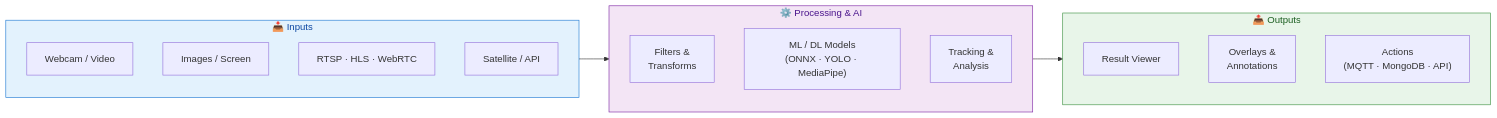
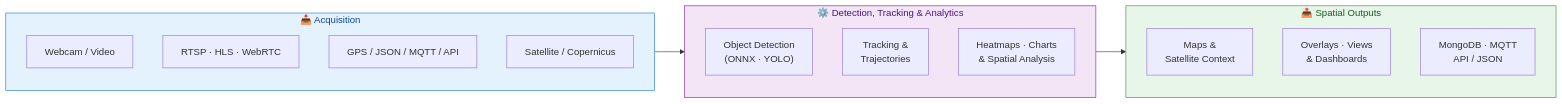
One commit to hackolite/CV_Studio changed the first of 3 diagrams in README.md. Above: the diagram before and after it, drawn with Mermaid. The commit also changed other lines of this file, not shown here.

````diff
--- a/README.md
+++ b/README.md
@@ -26,25 +32,25 @@
 ```mermaid
 flowchart LR
-    subgraph Inputs["📥 Inputs"]
+    subgraph Inputs["📥 Acquisition"]
         A1["Webcam / Video"]
-        A2["Images / Screen"]
-        A3["RTSP · HLS · WebRTC"]
-        A4["Satellite / API"]
+        A2["RTSP · HLS · WebRTC"]
+        A3["GPS / JSON / MQTT / API"]
+        A4["Satellite / Copernicus"]
     end
-    subgraph Process["⚙️ Processing &amp; AI"]
-        B1["Filters &amp;<br/>Transforms"]
-        B2["ML / DL Models<br/>(ONNX · YOLO · MediaPipe)"]
-        B3["Tracking &amp;<br/>Analysis"]
+    subgraph Process["⚙️ Detection, Tracking &amp; Analytics"]
+        B1["Object Detection<br/>(ONNX · YOLO)"]
+        B2["Tracking &amp;<br/>Trajectories"]
+        B3["Heatmaps · Charts<br/>&amp; Spatial Analysis"]
     end
-    subgraph Outputs["📤 Outputs"]
-        C1["Result Viewer"]
-        C2["Overlays &<br/>Annotations"]
-        C3["Actions<br/>(MQTT · MongoDB · API)"]
+    subgraph Outputs["📤 Spatial Outputs"]
+        C1["Maps &amp;<br/>Satellite Context"]
+        C2["Overlays · Views<br/>&amp; Dashboards"]
+        C3["MongoDB · MQTT<br/>API / JSON"]
     end
 
     Inputs --> Process --> Outputs
 
     style Inputs fill:#e3f2fd,stroke:#1976d2,color:#0d47a1
     style Process fill:#f3e5f5,stroke:#7b1fa2,color:#4a148c
     style Outputs fill:#e8f5e9,stroke:#388e3c,color:#1b5e20
 ```
````
